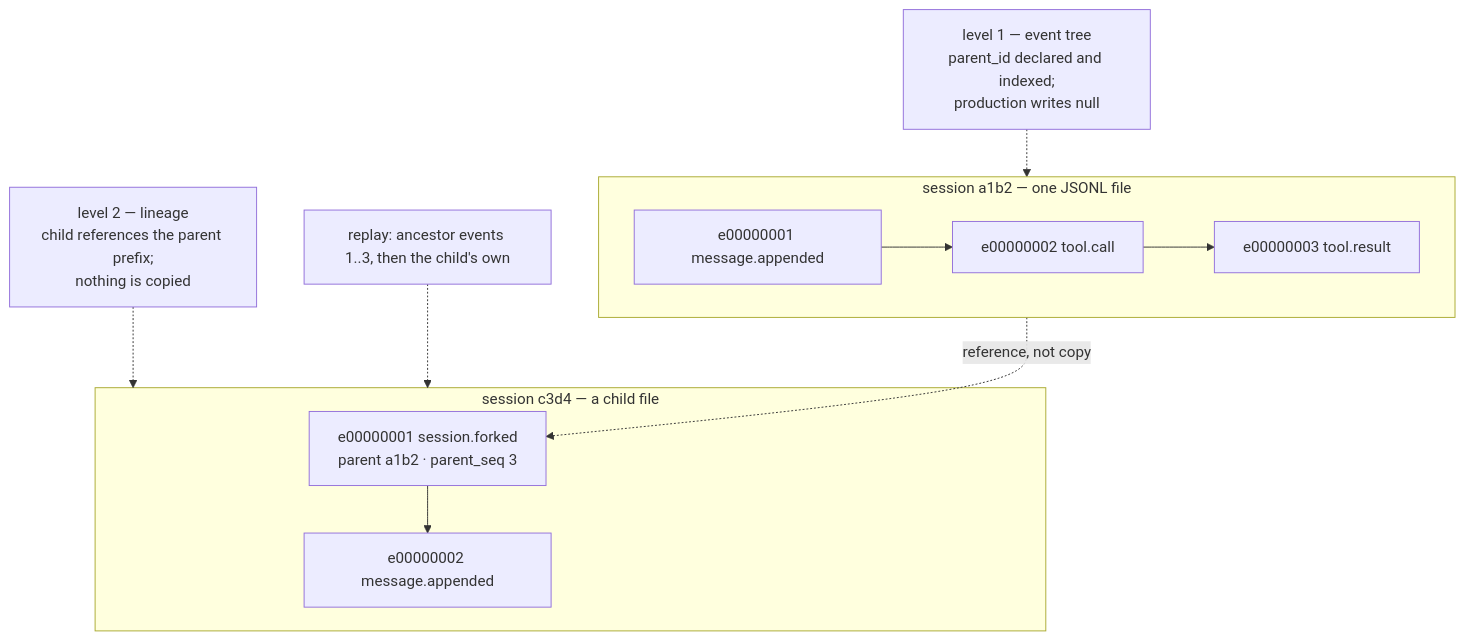
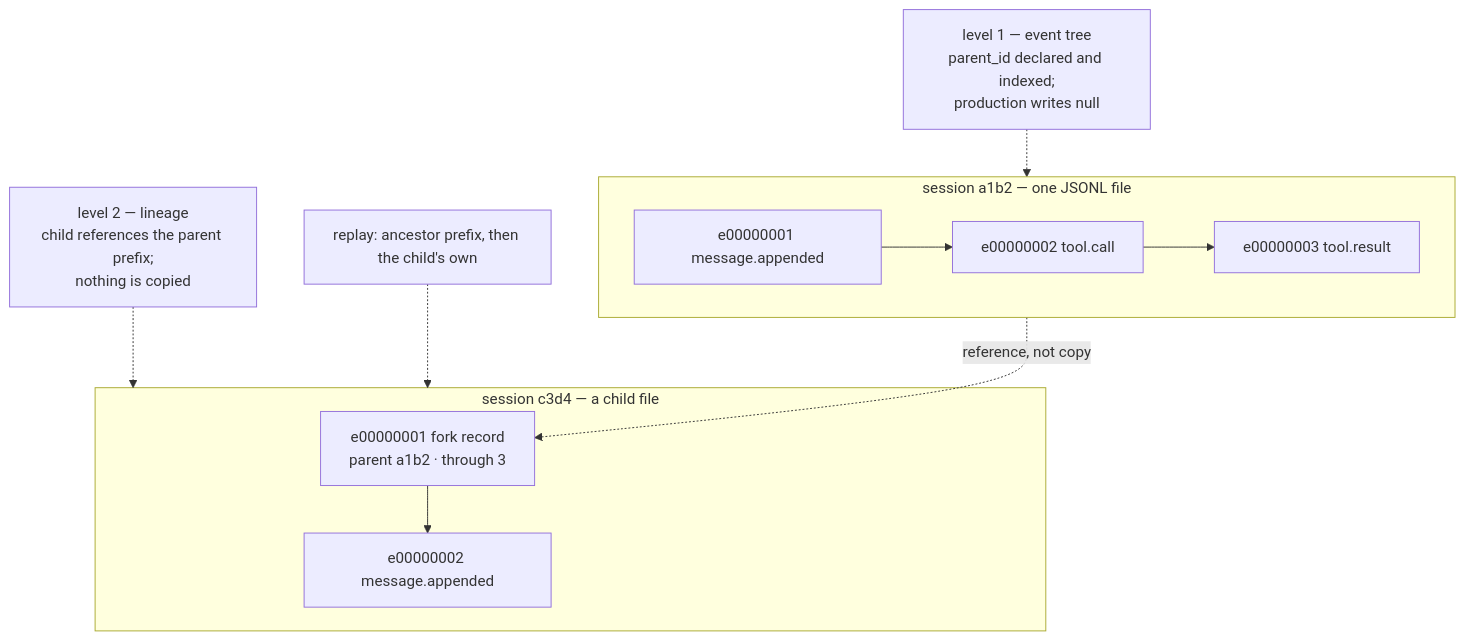
The diagram in docs/design/sessions-lineage.md (fengchangfight/loongagent), drawn with Mermaid before and after one commit. The commit also changed other lines of this file and 3 other files, not shown here.

````diff
--- a/docs/design/sessions-lineage.md
+++ b/docs/design/sessions-lineage.md
@@ -126,21 +108,21 @@
 ```mermaid
 flowchart TB
     subgraph A["session a1b2 — one JSONL file"]
         A1["e00000001 message.appended"]
         A2["e00000002 tool.call"]
         A3["e00000003 tool.result"]
         A1 --> A2 --> A3
     end
     subgraph B["session c3d4 — a child file"]
-        B1["e00000001 session.forked<br/>parent a1b2 · parent_seq 3"]
+        B1["e00000001 fork record<br/>parent a1b2 · through 3"]
         B2["e00000002 message.appended"]
         B1 --> B2
     end
     L1["level 1 — event tree<br/>parent_id declared and indexed;<br/>production writes null"]
     L2["level 2 — lineage<br/>child references the parent prefix;<br/>nothing is copied"]
-    R["replay: ancestor events 1..3, then the child's own"]
+    R["replay: ancestor prefix, then the child's own"]
     L1 -.-> A
     L2 -.-> B
     R -.-> B
     A -.->|"reference, not copy"| B1
 ```
````
